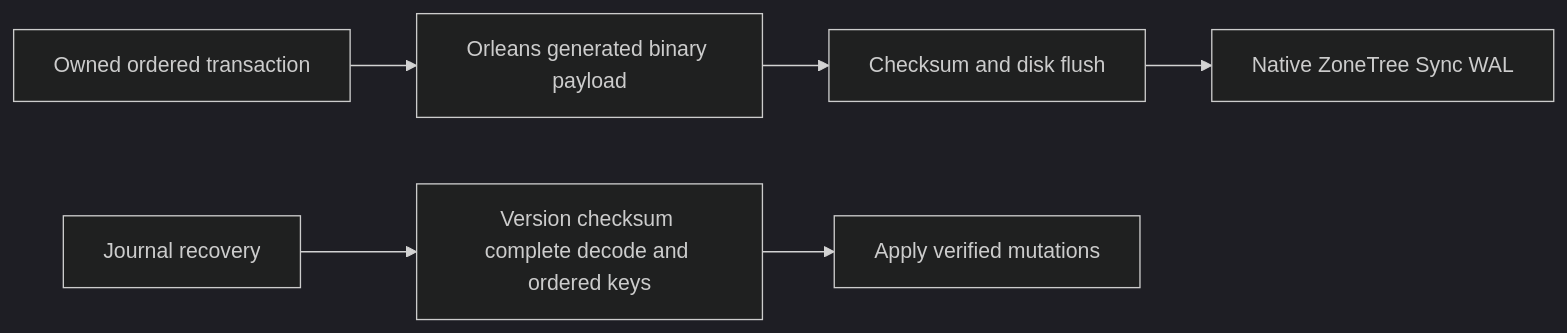
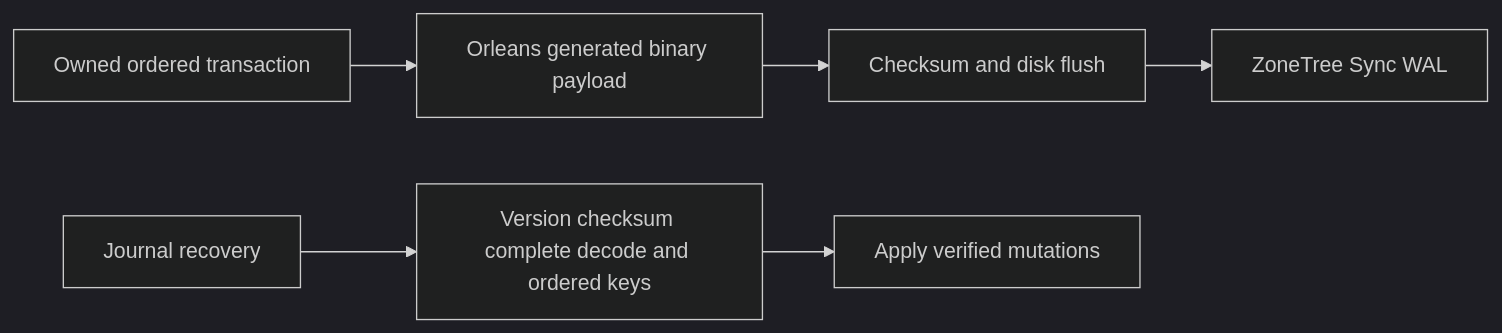
Before and after one commit to managedcode/KeyLoad: the sixth of 7 diagrams in docs/Features/StorageRecovery.md, drawn with Mermaid (dark theme). The commit also changed other lines of this file and 9016 other files, not shown here.

````diff
--- a/docs/Features/StorageRecovery.md
+++ b/docs/Features/StorageRecovery.md
@@ -197,8 +197,8 @@
 ```mermaid
 flowchart LR
     Transaction[Owned ordered transaction] --> Codec[Orleans generated binary payload]
     Codec --> Commit[Checksum and disk flush]
-    Commit --> Native[Native ZoneTree Sync WAL]
+    Commit --> Execution[ZoneTree Sync WAL]
     Reopen[Journal recovery] --> Validate[Version checksum complete decode and ordered keys]
     Validate --> Apply[Apply verified mutations]
 ```
````
